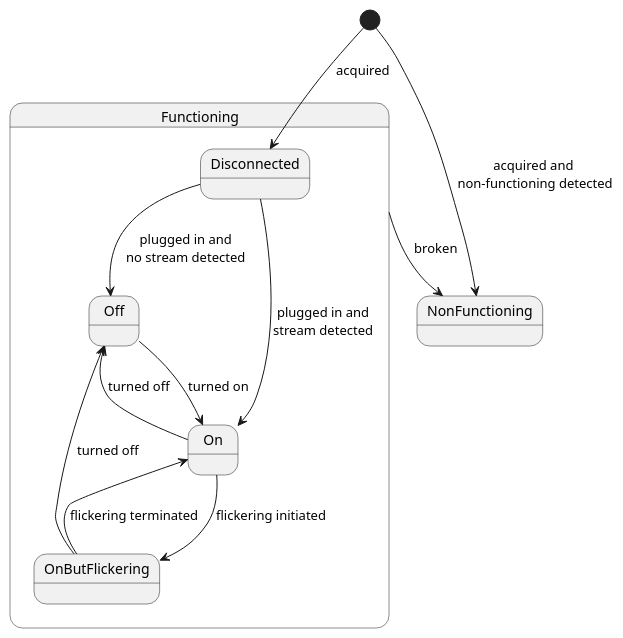
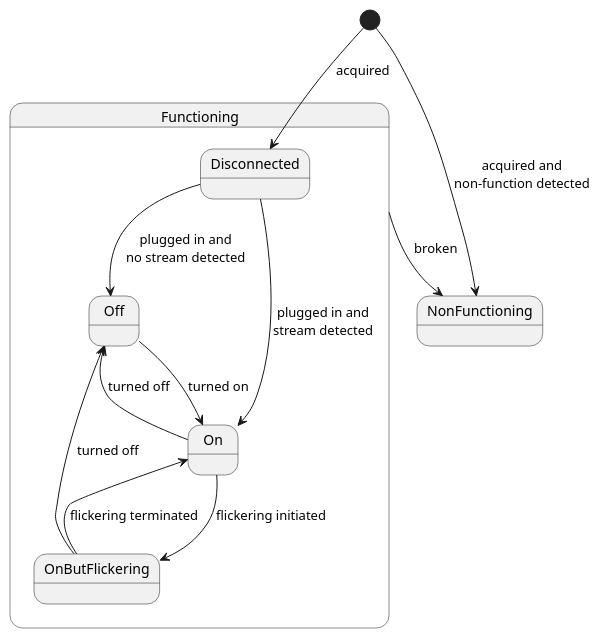
Before and after one commit to TristanoSuriani/Java17SparksOfDesign: the diagram in docs/LightbulbStates.puml, drawn with PlantUML. The commit also changed 1 other file, not shown here.

```diff
--- a/docs/LightbulbStates.puml
+++ b/docs/LightbulbStates.puml
@@ -1,24 +1,24 @@
 @startuml
 state NonFunctioning
 state Functioning {
   state Off
   state On
   state OnButFlickering
   state Disconnected
 }
 
-[*] -down-> NonFunctioning : acquired and\n non-functioning detected
+[*] -down-> NonFunctioning : acquired and\nnon-function detected
 [*] -down-> Disconnected : acquired
 Functioning -down-> NonFunctioning : broken
 
 Disconnected -down-> Off : plugged in and\nno stream detected
 Disconnected -down-> On : plugged in and\nstream detected
 
 On -down-> Off : turned off
 On -down-> OnButFlickering : flickering initiated
 
 Off -down-> On : turned on
 
 OnButFlickering -down-> Off : turned off
 OnButFlickering -down-> On : flickering terminated
 @enduml
```
